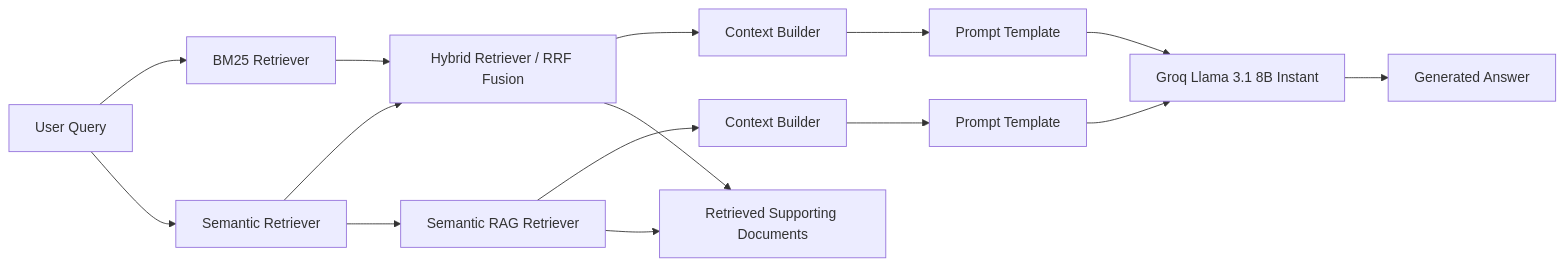
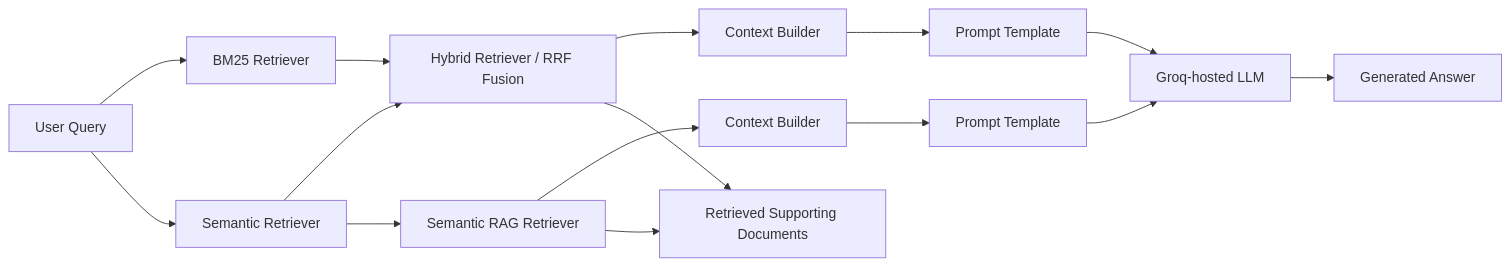
Before and after one commit to Omo6969/hybrid-rag-review-assistant: the diagram in README.md, drawn with Mermaid. The commit also changed other lines of this file, not shown here.

````diff
--- a/README.md
+++ b/README.md
@@ -43,22 +35,21 @@
 ```mermaid
 flowchart LR
     Q[User Query] --> R1[BM25 Retriever]
     Q --> R2[Semantic Retriever]
     R1 --> H[Hybrid Retriever / RRF Fusion]
     R2 --> H
     R2 --> S[Semantic RAG Retriever]
 
     S --> C1[Context Builder]
     H --> C2[Context Builder]
 
     C1 --> P1[Prompt Template]
     C2 --> P2[Prompt Template]
 
-    P1 --> LLM[Groq Llama 3.1 8B Instant]
+    P1 --> LLM[Groq-hosted LLM]
     P2 --> LLM
 
     LLM --> A[Generated Answer]
     H --> D[Retrieved Supporting Documents]
     S --> D
-
 ```
````
